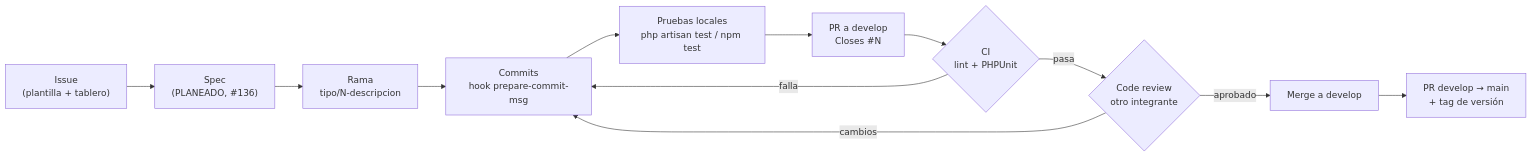
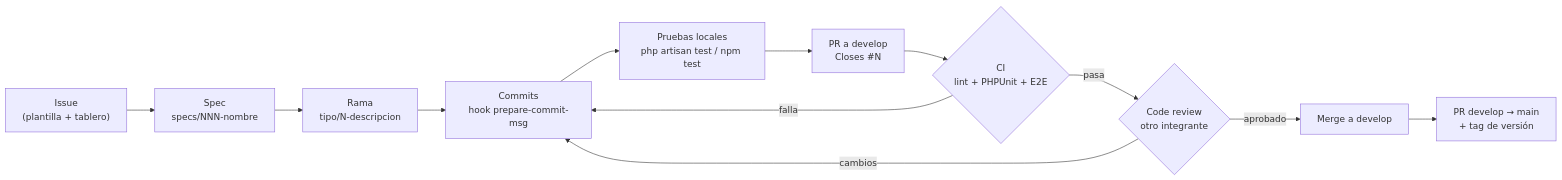
Before and after one commit to Guadalupe-16/BibliotecaOnline: the second of 2 diagrams in docs/planeacion/flujo-control-versiones.md, drawn with Mermaid. The commit also changed other lines of this file and 5 other files, not shown here.

````diff
--- a/docs/planeacion/flujo-control-versiones.md
+++ b/docs/planeacion/flujo-control-versiones.md
@@ -210,14 +214,14 @@
 ```mermaid
 flowchart LR
-    A["Issue<br/>(plantilla + tablero)"] --> B["Spec<br/>(PLANEADO, #136)"]
+    A["Issue<br/>(plantilla + tablero)"] --> B["Spec<br/>specs/NNN-nombre"]
     B --> C["Rama<br/>tipo/N-descripcion"]
     C --> D["Commits<br/>hook prepare-commit-msg"]
     D --> E["Pruebas locales<br/>php artisan test / npm test"]
     E --> F["PR a develop<br/>Closes #N"]
-    F --> G{"CI<br/>lint + PHPUnit"}
+    F --> G{"CI<br/>lint + PHPUnit + E2E"}
     G -- falla --> D
     G -- pasa --> H{"Code review<br/>otro integrante"}
     H -- cambios --> D
     H -- aprobado --> I["Merge a develop"]
     I --> J["PR develop → main<br/>+ tag de versión"]
 ```
````
